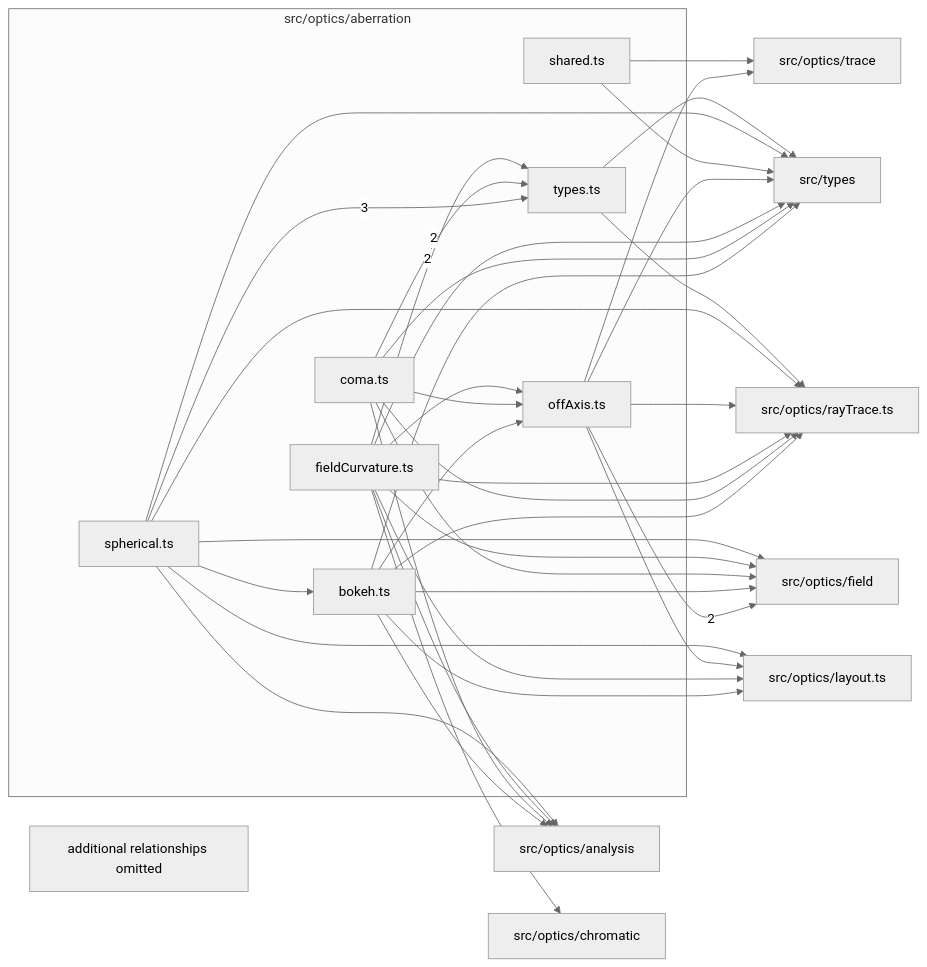
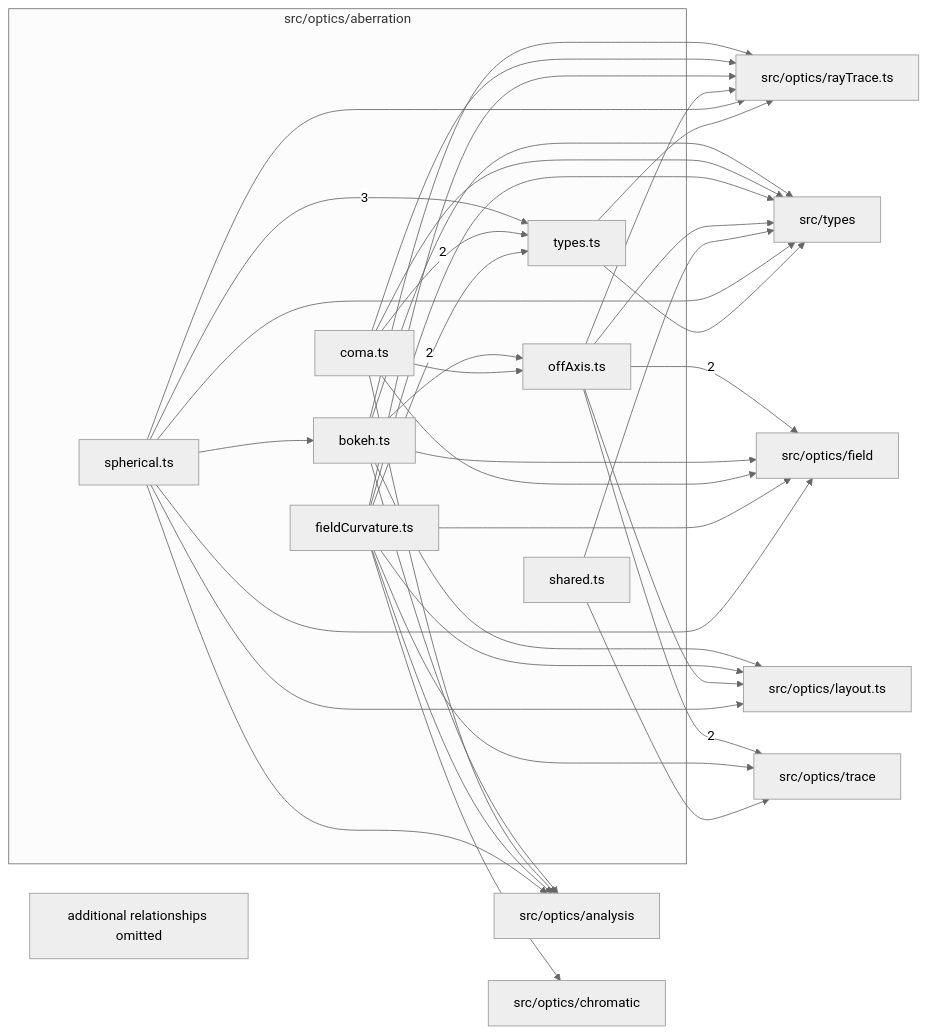
The diagram in src/optics/aberration/readme.md (ronbuening/LensVisualizer), drawn with Mermaid (neutral theme) before and after one commit. The commit also changed other lines of this file and 21 other files, not shown here.

````diff
--- a/src/optics/aberration/readme.md
+++ b/src/optics/aberration/readme.md
@@ -9,56 +9,56 @@
 ```mermaid
 flowchart LR
   subgraph n_src_optics_aberration["src/optics/aberration"]
     n_src_optics_aberration_src_optics_aberration_bokeh_ts["bokeh.ts"]
     n_src_optics_aberration_src_optics_aberration_coma_ts["coma.ts"]
     n_src_optics_aberration_src_optics_aberration_fieldCurvature_ts["fieldCurvature.ts"]
     n_src_optics_aberration_src_optics_aberration_offAxis_ts["offAxis.ts"]
     n_src_optics_aberration_src_optics_aberration_shared_ts["shared.ts"]
     n_src_optics_aberration_src_optics_aberration_spherical_ts["spherical.ts"]
     n_src_optics_aberration_src_optics_aberration_types_ts["types.ts"]
   end
   n_external_src_optics_field["src/optics/field"]
+  n_external_src_optics_trace["src/optics/trace"]
   n_external_src_optics_analysis["src/optics/analysis"]
   n_external_src_optics_chromatic["src/optics/chromatic"]
   n_external_src_optics_layout_ts["src/optics/layout.ts"]
   n_external_src_optics_rayTrace_ts["src/optics/rayTrace.ts"]
-  n_external_src_optics_trace["src/optics/trace"]
   n_external_src_types["src/types"]
   n_src_optics_aberration_src_optics_aberration_spherical_ts --> |3| n_src_optics_aberration_src_optics_aberration_types_ts
   n_src_optics_aberration_src_optics_aberration_offAxis_ts --> |2| n_external_src_optics_field
+  n_src_optics_aberration_src_optics_aberration_offAxis_ts --> |2| n_external_src_optics_trace
   n_src_optics_aberration_src_optics_aberration_coma_ts --> |2| n_src_optics_aberration_src_optics_aberration_types_ts
   n_src_optics_aberration_src_optics_aberration_fieldCurvature_ts --> |2| n_src_optics_aberration_src_optics_aberration_types_ts
   n_src_optics_aberration_src_optics_aberration_bokeh_ts --> n_external_src_optics_analysis
   n_src_optics_aberration_src_optics_aberration_coma_ts --> n_external_src_optics_analysis
   n_src_optics_aberration_src_optics_aberration_fieldCurvature_ts --> n_external_src_optics_analysis
   n_src_optics_aberration_src_optics_aberration_spherical_ts --> n_external_src_optics_analysis
   n_src_optics_aberration_src_optics_aberration_fieldCurvature_ts --> n_external_src_optics_chromatic
   n_src_optics_aberration_src_optics_aberration_bokeh_ts --> n_external_src_optics_field
   n_src_optics_aberration_src_optics_aberration_coma_ts --> n_external_src_optics_field
   n_src_optics_aberration_src_optics_aberration_fieldCurvature_ts --> n_external_src_optics_field
   n_src_optics_aberration_src_optics_aberration_spherical_ts --> n_external_src_optics_field
   n_src_optics_aberration_src_optics_aberration_bokeh_ts --> n_external_src_optics_layout_ts
   n_src_optics_aberration_src_optics_aberration_fieldCurvature_ts --> n_external_src_optics_layout_ts
   n_src_optics_aberration_src_optics_aberration_offAxis_ts --> n_external_src_optics_layout_ts
   n_src_optics_aberration_src_optics_aberration_spherical_ts --> n_external_src_optics_layout_ts
   n_src_optics_aberration_src_optics_aberration_bokeh_ts --> n_external_src_optics_rayTrace_ts
   n_src_optics_aberration_src_optics_aberration_coma_ts --> n_external_src_optics_rayTrace_ts
   n_src_optics_aberration_src_optics_aberration_fieldCurvature_ts --> n_external_src_optics_rayTrace_ts
   n_src_optics_aberration_src_optics_aberration_offAxis_ts --> n_external_src_optics_rayTrace_ts
   n_src_optics_aberration_src_optics_aberration_spherical_ts --> n_external_src_optics_rayTrace_ts
   n_src_optics_aberration_src_optics_aberration_types_ts --> n_external_src_optics_rayTrace_ts
-  n_src_optics_aberration_src_optics_aberration_offAxis_ts --> n_external_src_optics_trace
+  n_src_optics_aberration_src_optics_aberration_fieldCurvature_ts --> n_external_src_optics_trace
   n_src_optics_aberration_src_optics_aberration_shared_ts --> n_external_src_optics_trace
   n_src_optics_aberration_src_optics_aberration_bokeh_ts --> n_external_src_types
   n_src_optics_aberration_src_optics_aberration_coma_ts --> n_external_src_types
   n_src_optics_aberration_src_optics_aberration_fieldCurvature_ts --> n_external_src_types
   n_src_optics_aberration_src_optics_aberration_offAxis_ts --> n_external_src_types
   n_src_optics_aberration_src_optics_aberration_shared_ts --> n_external_src_types
   n_src_optics_aberration_src_optics_aberration_spherical_ts --> n_external_src_types
   n_src_optics_aberration_src_optics_aberration_types_ts --> n_external_src_types
   n_src_optics_aberration_src_optics_aberration_spherical_ts --> n_src_optics_aberration_src_optics_aberration_bokeh_ts
   n_src_optics_aberration_src_optics_aberration_bokeh_ts --> n_src_optics_aberration_src_optics_aberration_offAxis_ts
   n_src_optics_aberration_src_optics_aberration_coma_ts --> n_src_optics_aberration_src_optics_aberration_offAxis_ts
-  n_src_optics_aberration_src_optics_aberration_fieldCurvature_ts --> n_src_optics_aberration_src_optics_aberration_offAxis_ts
   n_src_optics_aberration_truncated["additional relationships omitted"]
 ```
````
